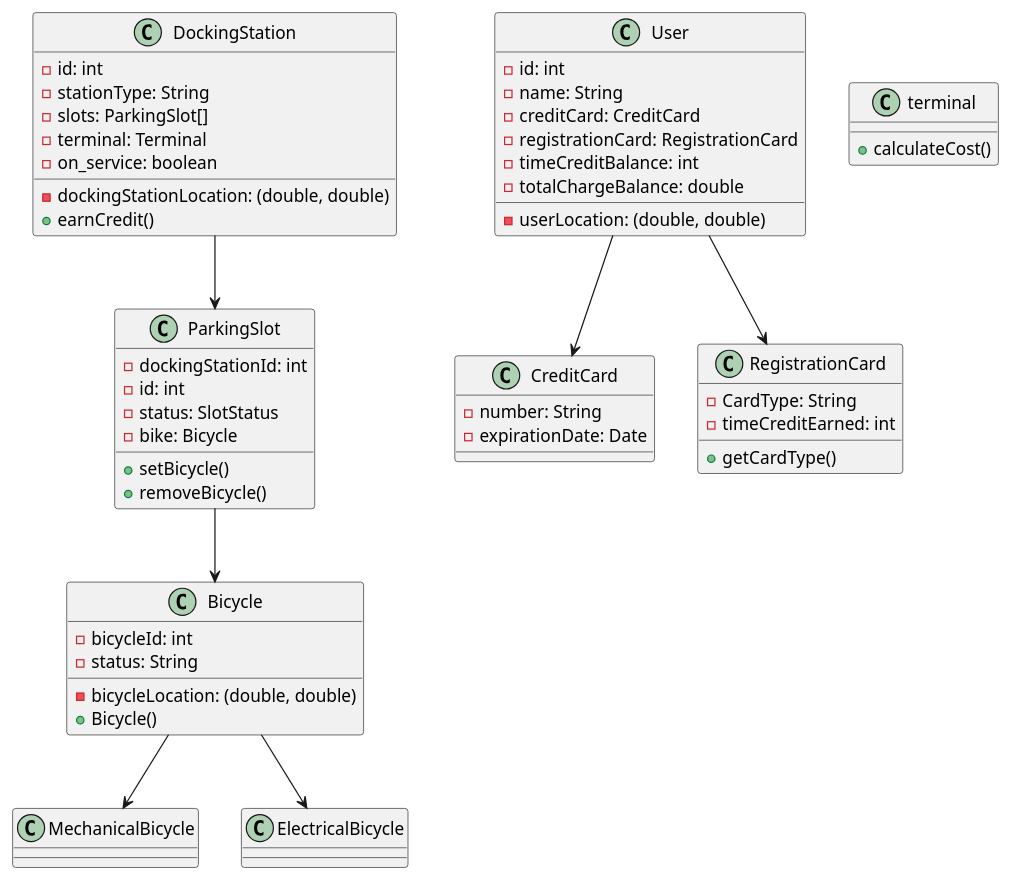
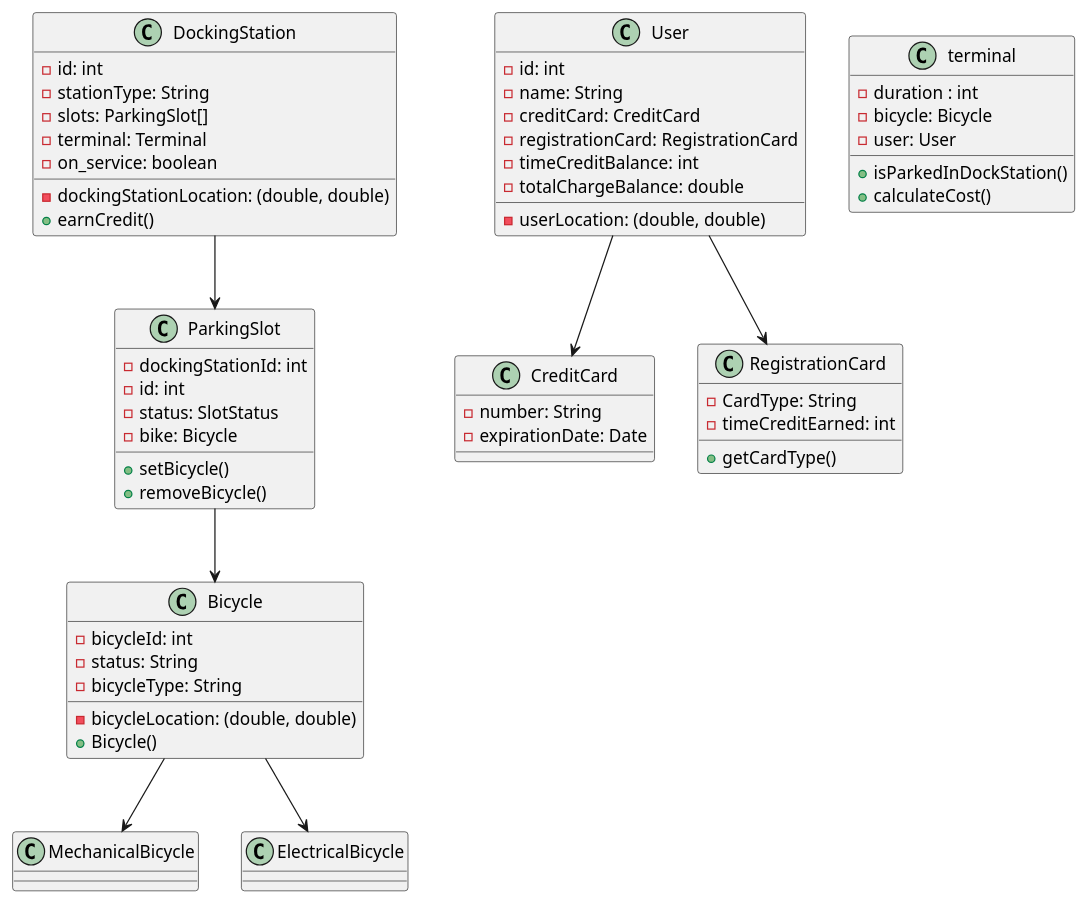
Before and after one commit to louislhotte/myVelib: the diagram in src/main/java/fr/cs/GroupNN/myVelib/UML.puml, drawn with PlantUML. The commit also changed 5 other files, not shown here.

```diff
--- a/src/main/java/fr/cs/GroupNN/myVelib/UML.puml
+++ b/src/main/java/fr/cs/GroupNN/myVelib/UML.puml
@@ -1,67 +1,71 @@
 @startuml
 class DockingStation {
     - id: int
     - dockingStationLocation: (double, double)
     - stationType: String
     - slots: ParkingSlot[]
     - terminal: Terminal
     - on_service: boolean
     + earnCredit()
 }
 
 class ParkingSlot {
     - dockingStationId: int
     - id: int
     - status: SlotStatus
     - bike: Bicycle
     + setBicycle()
     + removeBicycle()
 }
 
 class Bicycle {
     - bicycleId: int
     - bicycleLocation: (double, double)
     - status: String
+    - bicycleType: String
     + Bicycle()
 }
 
 class MechanicalBicycle {
 
 }
 
 class ElectricalBicycle {
-
 }
 
 class User {
     - id: int
     - name: String
     - userLocation: (double, double)
     - creditCard: CreditCard
     - registrationCard: RegistrationCard
     - timeCreditBalance: int
     - totalChargeBalance: double
 }
 
 class CreditCard {
     - number: String
     - expirationDate: Date
 }
 
 class RegistrationCard {
     - CardType: String
     - timeCreditEarned: int
     + getCardType()
 }
 
 class terminal {
+    - duration : int
+    - bicycle: Bicycle
+    - user: User
+    + isParkedInDockStation()
     + calculateCost()
 }
 
 DockingStation --> ParkingSlot
 ParkingSlot --> Bicycle
 Bicycle --> MechanicalBicycle
 Bicycle --> ElectricalBicycle
 User --> CreditCard
 User --> RegistrationCard
 @enduml
```
